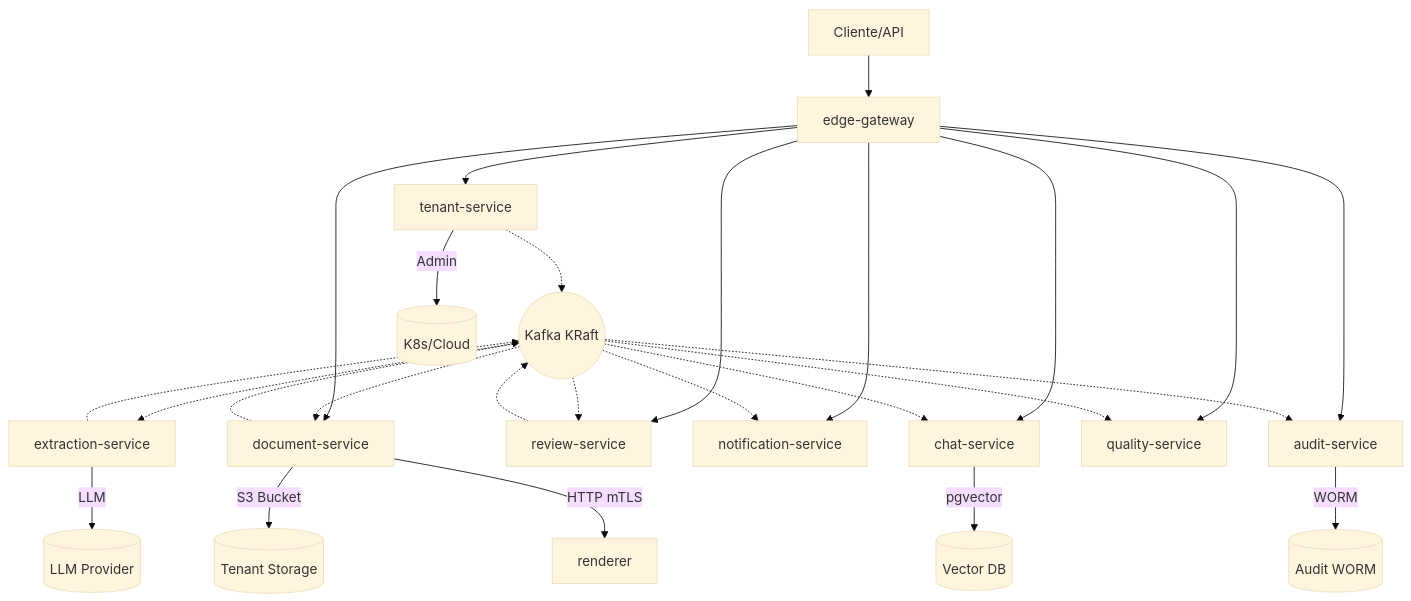
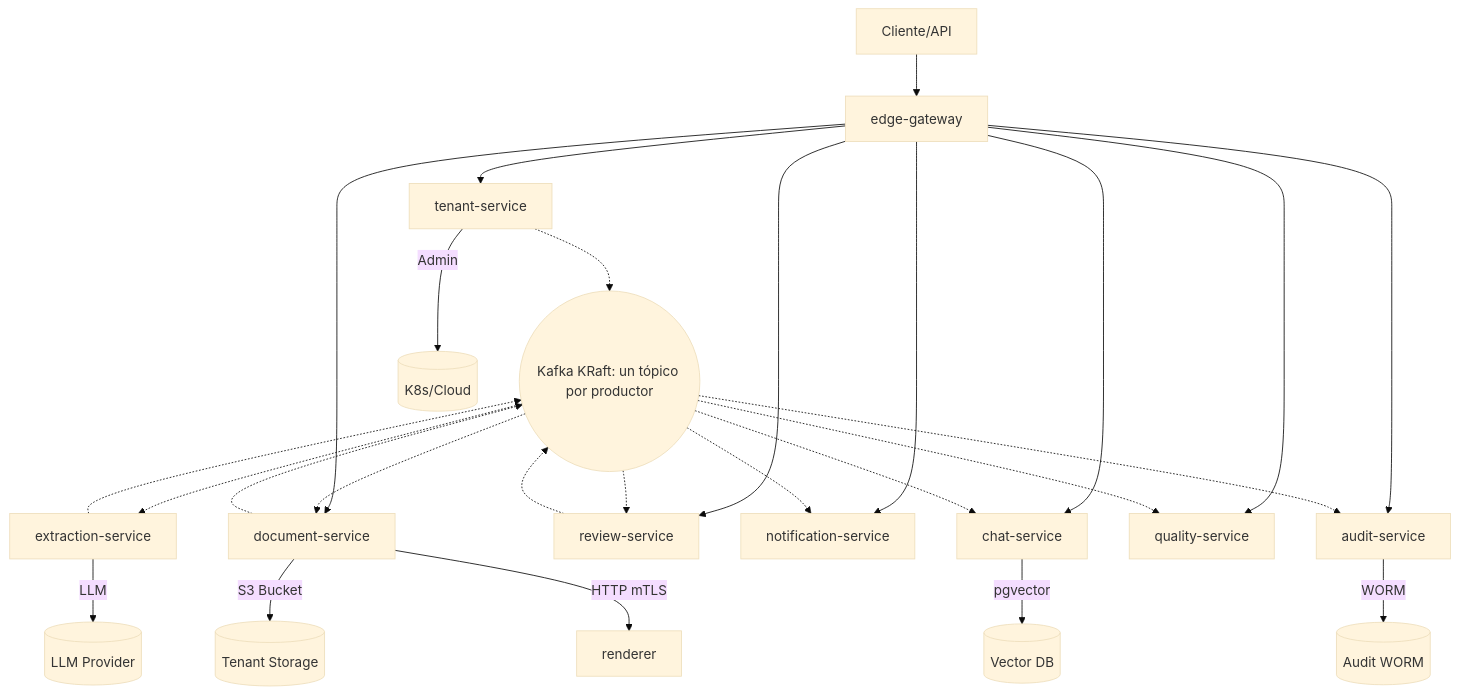
One commit to IngKevin95/IDP_ExtraccionDocumentos changed the first of 3 diagrams in docs/arquitectura.md. Above: the diagram before and after it, drawn with Mermaid (base theme). The commit also changed other lines of this file and 90 other files, not shown here.

````diff
--- a/docs/arquitectura.md
+++ b/docs/arquitectura.md
@@ -9,34 +9,34 @@
 ```mermaid
 graph TD
     Client[Cliente/API] --> GW[edge-gateway]
     GW --> TS[tenant-service]
     GW --> DS[document-service]
     GW --> CS[chat-service]
     GW --> RS[review-service]
     GW --> NS[notification-service]
     GW --> AS[audit-service]
     GW --> QS[quality-service]
     
     DS -- S3 Bucket --> Storage[(Tenant Storage)]
     DS -- HTTP mTLS --> RND[renderer]
     
     ES[extraction-service] -- LLM --> LlmProvider[(LLM Provider)]
     
-    Kafka((Kafka KRaft))
+    Kafka((Kafka KRaft: un tópico por productor))
     DS -.-> Kafka
     ES -.-> Kafka
     RS -.-> Kafka
     TS -.-> Kafka
     
     Kafka -.-> DS
     Kafka -.-> ES
     Kafka -.-> RS
     Kafka -.-> NS[notification-service]
     Kafka -.-> AS[audit-service]
     Kafka -.-> QS[quality-service]
     Kafka -.-> CS
     
     AS -- WORM --> AuditStorage[(Audit WORM)]
     CS -- pgvector --> VectorDB[(Vector DB)]
     TS -- Admin --> Platform[(K8s/Cloud)]
 ```
````
